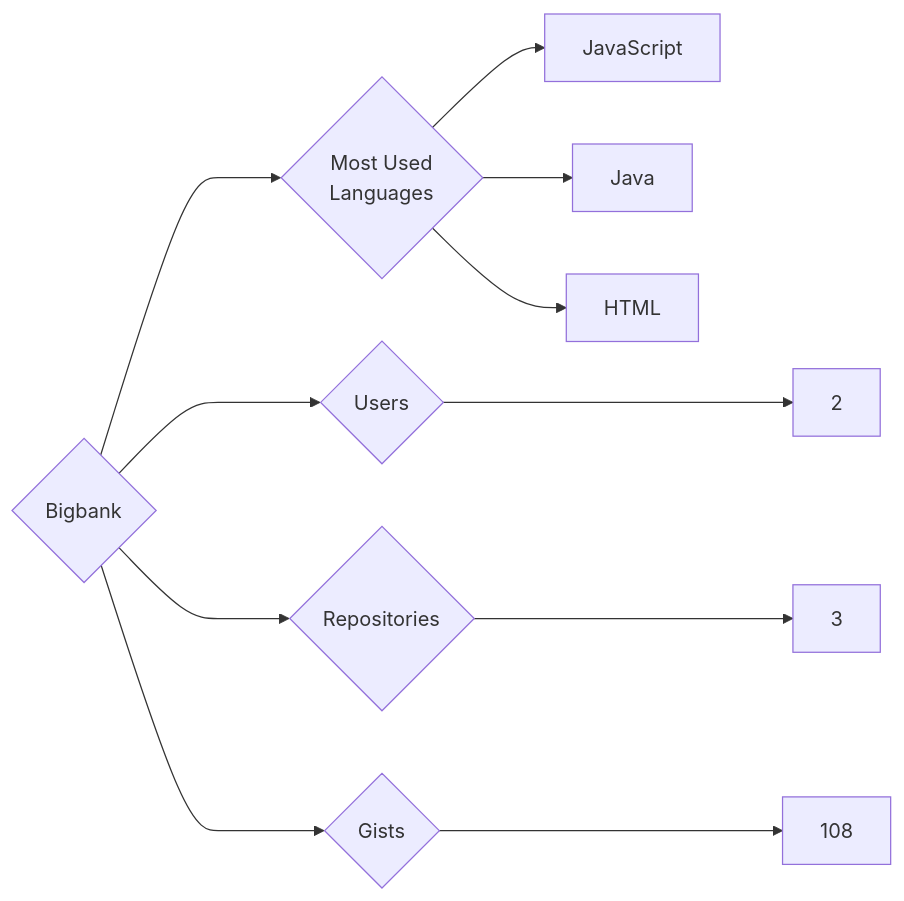
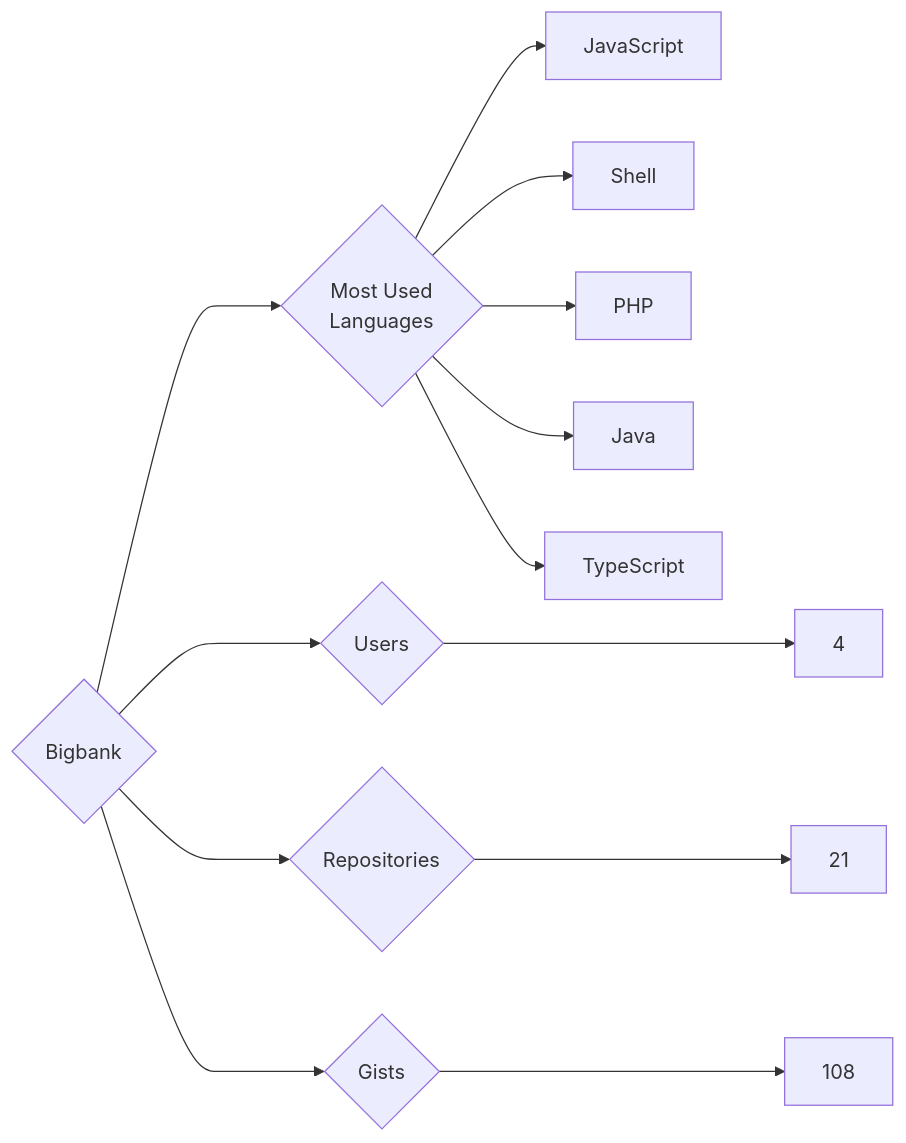
One commit to trickest/insiders changed the diagram in targets/Bigbank/README.md. Above: the diagram before and after it, drawn with Mermaid. The commit also changed 723 other files, not shown here.

````diff
--- a/targets/Bigbank/README.md
+++ b/targets/Bigbank/README.md
@@ -3,11 +3,13 @@
 ```mermaid
 graph LR
 COMPANY_NAME{Bigbank}
-COMPANY_NAME ---> U{Users} ---> UN[2]
-COMPANY_NAME ---> R{Repositories} ---> RN[3]
+COMPANY_NAME ---> U{Users} ---> UN[4]
+COMPANY_NAME ---> R{Repositories} ---> RN[21]
 COMPANY_NAME ---> G{Gists} ---> GN[108]
 COMPANY_NAME ---> ML{Most Used<br>Languages}
 ML --> JavaScript[JavaScript]
+ML --> Shell[Shell]
+ML --> PHP[PHP]
 ML --> Java[Java]
-ML --> HTML[HTML]
+ML --> TypeScript[TypeScript]
 ```
````
